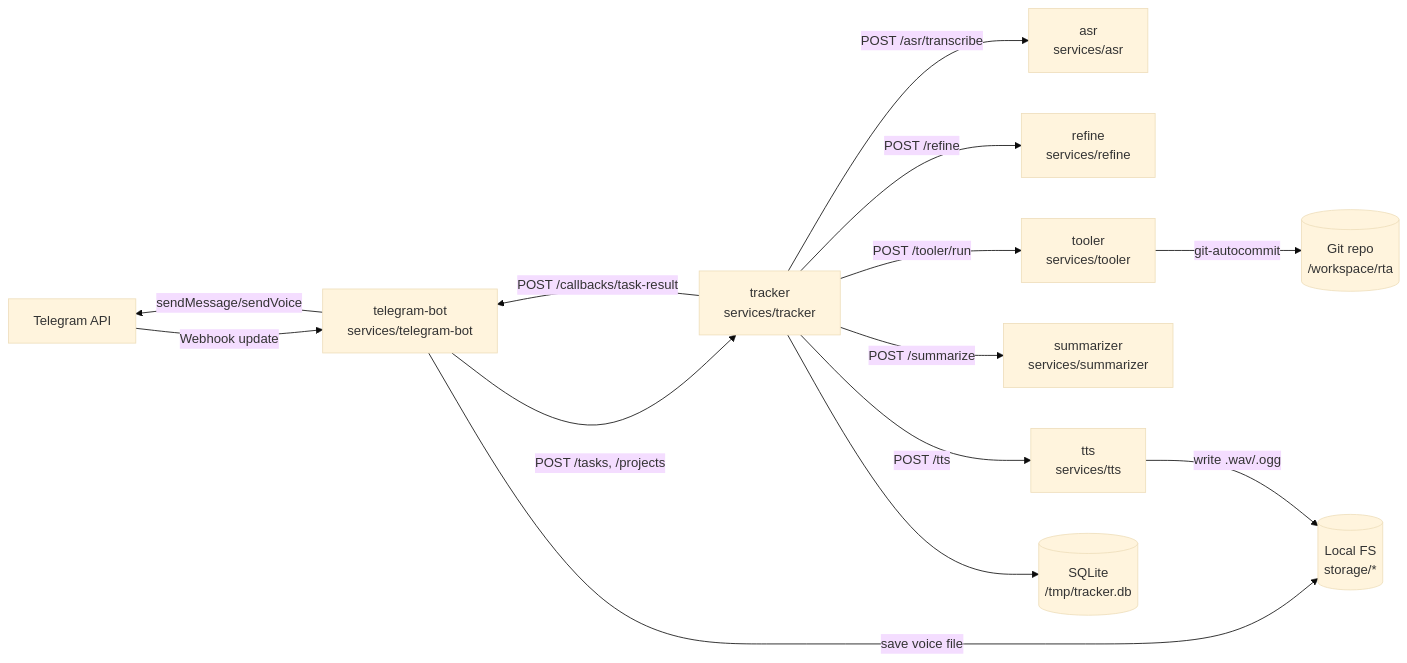
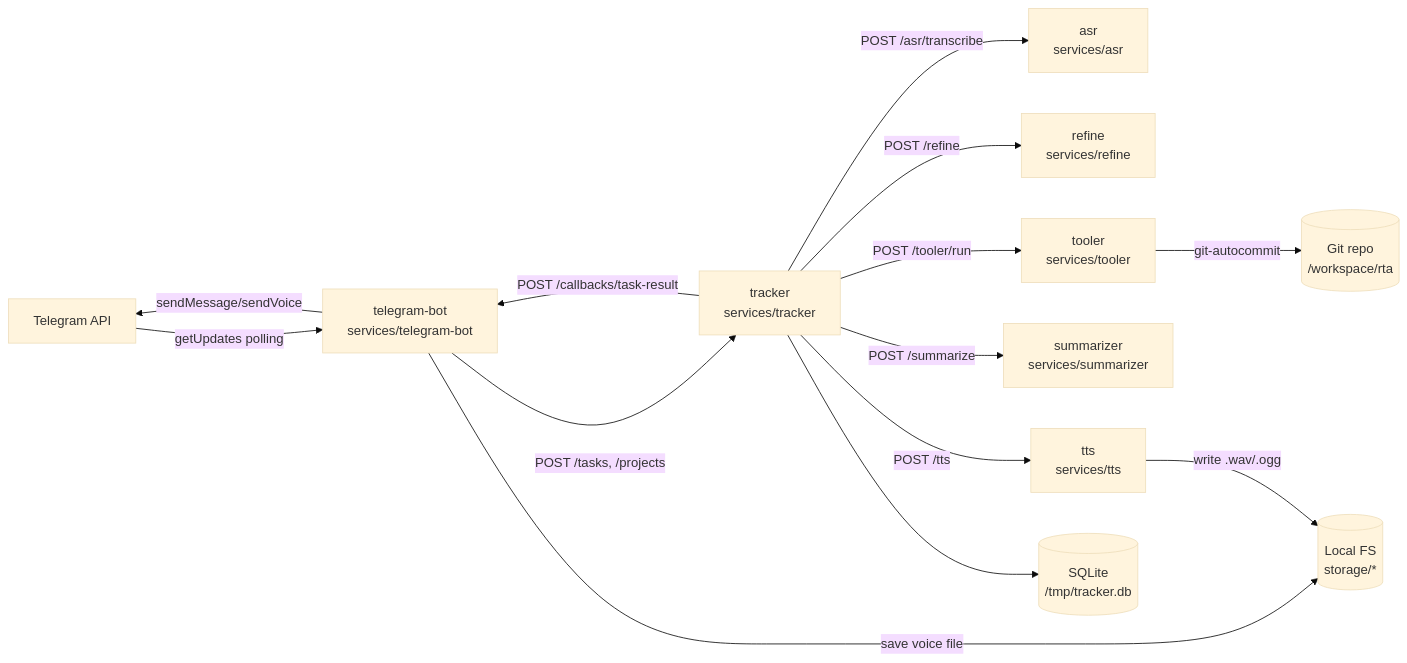
One commit to heartattack1/rta changed the first of 5 diagrams in README.md. Above: the diagram before and after it, drawn with Mermaid (base theme). The commit also changed other lines of this file and 3 other files, not shown here.

Commit message:
feat(telegram-bot): switch updates receiving to long polling

````diff
--- a/README.md
+++ b/README.md
@@ -15,31 +15,31 @@
 ```mermaid
 flowchart LR
     TG[Telegram API]
     BOT[telegram-bot\nservices/telegram-bot]
     TR[tracker\nservices/tracker]
     ASR[asr\nservices/asr]
     RF[refine\nservices/refine]
     TL[tooler\nservices/tooler]
     SM[summarizer\nservices/summarizer]
     TTS[tts\nservices/tts]
     DB[(SQLite\n/tmp/tracker.db)]
     FS[(Local FS\nstorage/*)]
     GIT[(Git repo\n/workspace/rta)]
 
-    TG -->|Webhook update| BOT
+    TG -->|getUpdates polling| BOT
     BOT -->|POST /tasks, /projects| TR
     TR --> DB
 
     TR -->|POST /asr/transcribe| ASR
     TR -->|POST /refine| RF
     TR -->|POST /tooler/run| TL
     TR -->|POST /summarize| SM
     TR -->|POST /tts| TTS
 
     BOT -->|save voice file| FS
     TTS -->|write .wav/.ogg| FS
     TL -->|git-autocommit| GIT
 
     TR -->|POST /callbacks/task-result| BOT
     BOT -->|sendMessage/sendVoice| TG
 ```
````
